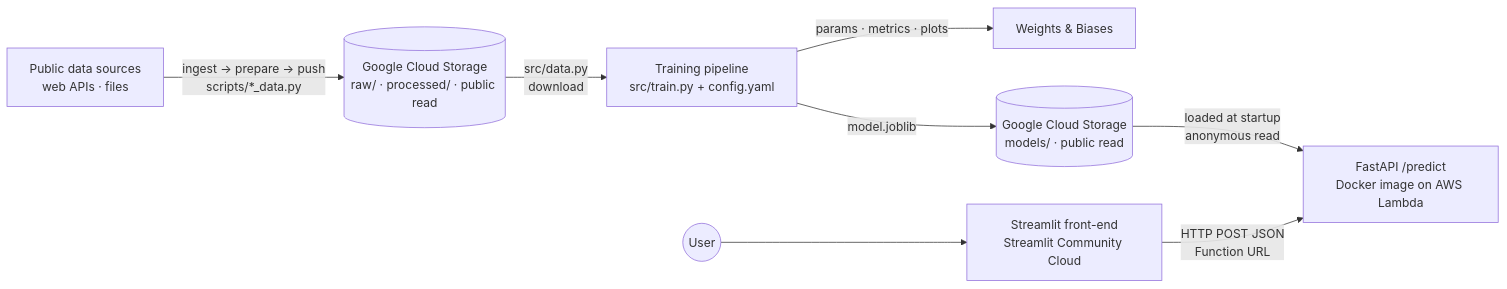
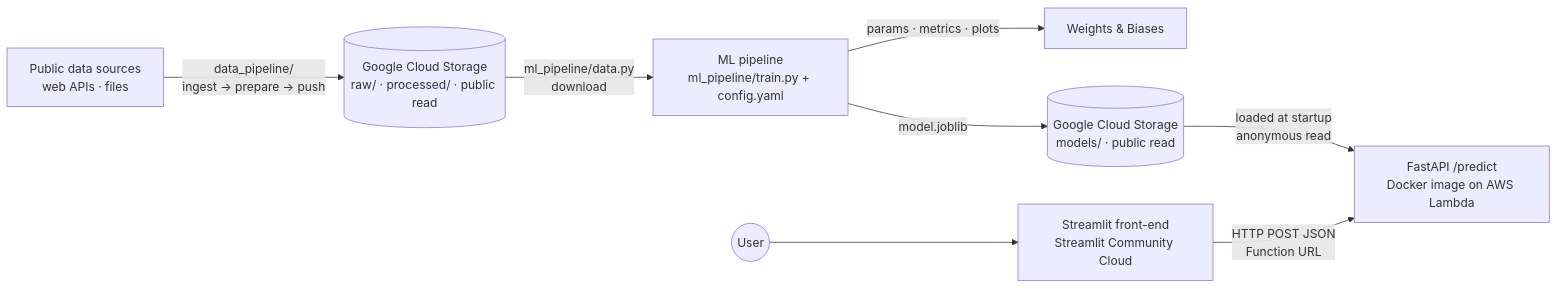
The diagram in README.md (haydn-s/sourcing-data-project-3), drawn with Mermaid before and after one commit. The commit also changed other lines of this file and 69 other files, not shown here.

First line of the commit message:
refactor: split the repo into data_pipeline, ml_pipeline, and shared

````diff
--- a/README.md
+++ b/README.md
@@ -78,10 +78,10 @@
 ```mermaid
 flowchart LR
-    SRC[Public data sources<br/>web APIs · files] -->|ingest → prepare → push<br/>scripts/*_data.py| STORED[(Google Cloud Storage<br/>raw/ · processed/ · public read)]
-    STORED -->|src/data.py<br/>download| TRAIN[Training pipeline<br/>src/train.py + config.yaml]
+    SRC[Public data sources<br/>web APIs · files] -->|data_pipeline/<br/>ingest → prepare → push| STORED[(Google Cloud Storage<br/>raw/ · processed/ · public read)]
+    STORED -->|ml_pipeline/data.py<br/>download| TRAIN[ML pipeline<br/>ml_pipeline/train.py + config.yaml]
     TRAIN -->|params · metrics · plots| WB[Weights & Biases]
     TRAIN -->|model.joblib| STOREM[(Google Cloud Storage<br/>models/ · public read)]
     STOREM -->|loaded at startup<br/>anonymous read| API[FastAPI /predict<br/>Docker image on AWS Lambda]
     UI[Streamlit front-end<br/>Streamlit Community Cloud] -->|HTTP POST JSON<br/>Function URL| API
     USER((User)) --> UI
 ```
````
